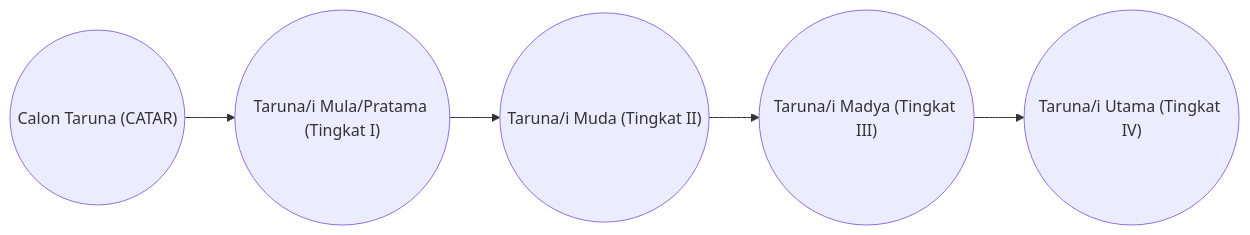
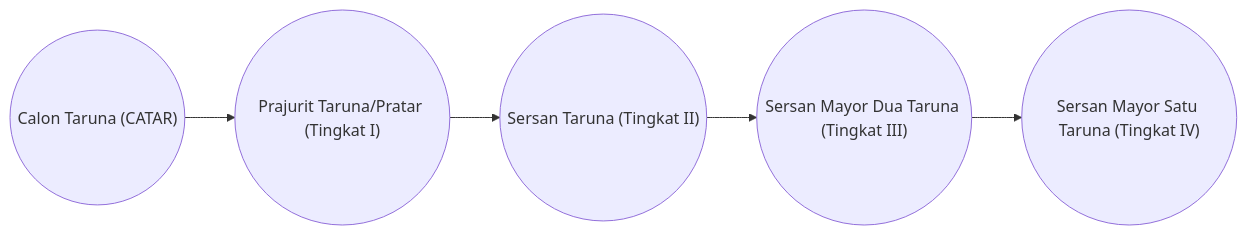
One commit to narapatimulia/lecture-notes changed the diagram in content/notes/tugas.md. Above: the diagram before and after it, drawn with Mermaid. The commit also changed other lines of this file, not shown here.

```diff
--- a/content/notes/tugas.md
+++ b/content/notes/tugas.md
@@ -44,9 +50,9 @@
 {{< mermaid >}}
 flowchart LR
     B --> I --> P --> O --> E
     B(("Calon Taruna (CATAR)"))
-    I(("Taruna/i Mula/Pratama (Tingkat I)"))
-    P(("Taruna/i Muda (Tingkat II)"))
-    O(("Taruna/i Madya (Tingkat III)"))
-    E(("Taruna/i Utama (Tingkat IV)"))
+    I(("Prajurit Taruna/Pratar (Tingkat I)"))
+    P(("Sersan Taruna (Tingkat II)"))
+    O(("Sersan Mayor Dua Taruna (Tingkat III)"))
+    E(("Sersan Mayor Satu Taruna (Tingkat IV)"))
 {{< /mermaid >}}
```
